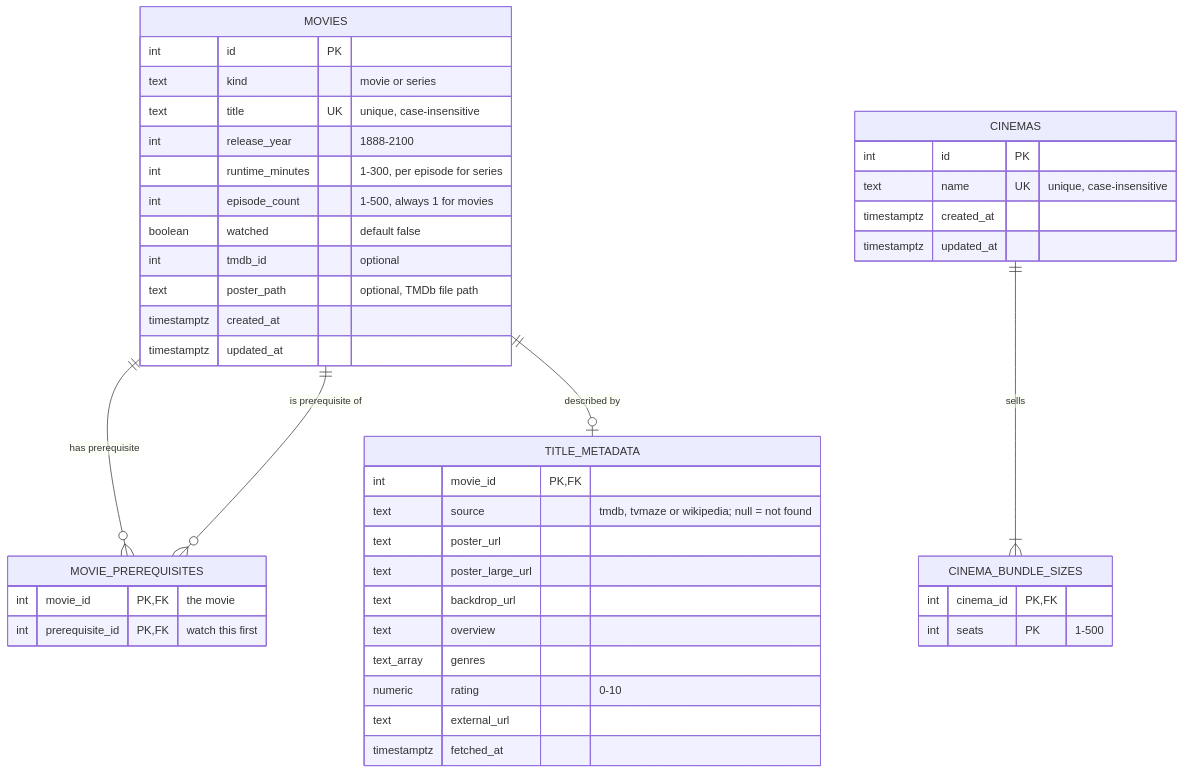
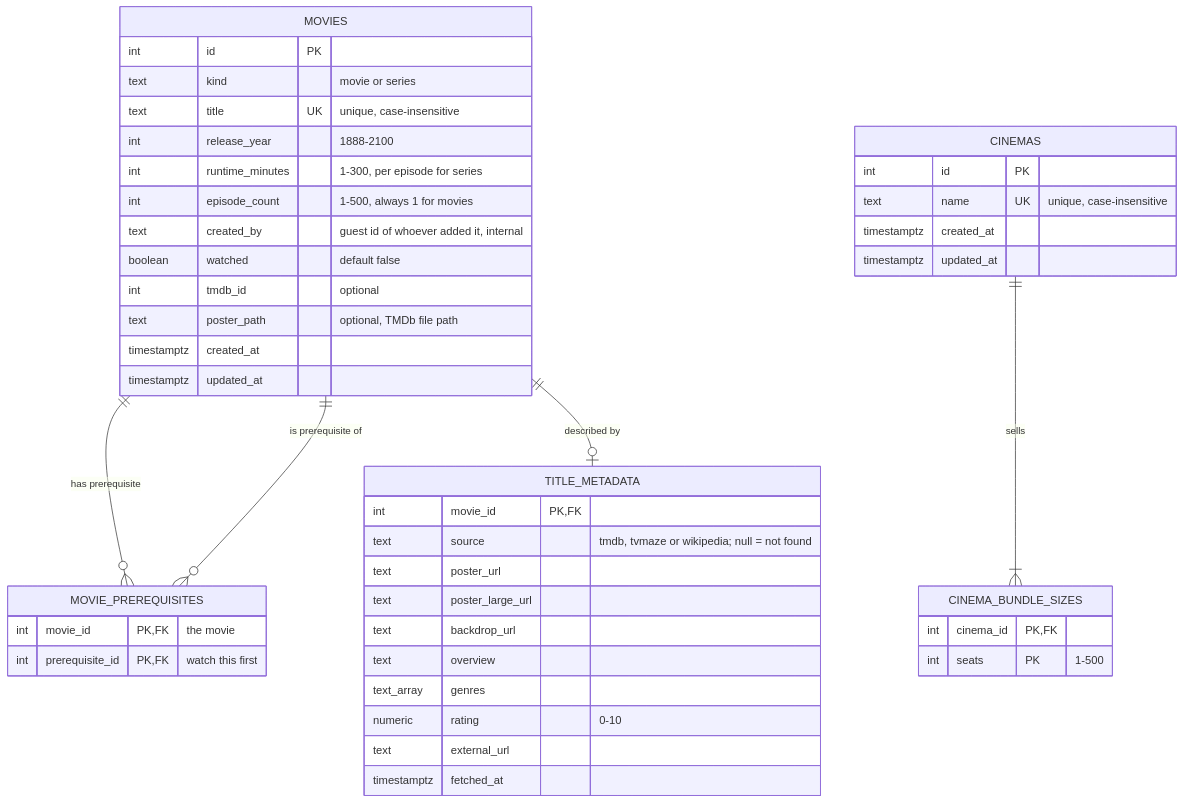
The diagram in README.md (SnoOpWo0t/DoomsdayCalling), drawn with Mermaid before and after one commit. The commit also changed other lines of this file, not shown here.

Commit message:
docs: document guest mode

````diff
--- a/README.md
+++ b/README.md
@@ -211,51 +214,52 @@
 ```mermaid
 erDiagram
     MOVIES ||--o{ MOVIE_PREREQUISITES : "has prerequisite"
     MOVIES ||--o{ MOVIE_PREREQUISITES : "is prerequisite of"
     MOVIES ||--o| TITLE_METADATA : "described by"
     CINEMAS ||--|{ CINEMA_BUNDLE_SIZES : sells
 
     MOVIES {
         int id PK
         text kind "movie or series"
         text title UK "unique, case-insensitive"
         int release_year "1888-2100"
         int runtime_minutes "1-300, per episode for series"
         int episode_count "1-500, always 1 for movies"
+        text created_by "guest id of whoever added it, internal"
         boolean watched "default false"
         int tmdb_id "optional"
         text poster_path "optional, TMDb file path"
         timestamptz created_at
         timestamptz updated_at
     }
 
     MOVIE_PREREQUISITES {
         int movie_id PK, FK "the movie"
         int prerequisite_id PK, FK "watch this first"
     }
 
     TITLE_METADATA {
         int movie_id PK, FK
         text source "tmdb, tvmaze or wikipedia; null = not found"
         text poster_url
         text poster_large_url
         text backdrop_url
         text overview
         text_array genres
         numeric rating "0-10"
         text external_url
         timestamptz fetched_at
     }
 
     CINEMAS {
         int id PK
         text name UK "unique, case-insensitive"
         timestamptz created_at
         timestamptz updated_at
     }
 
     CINEMA_BUNDLE_SIZES {
         int cinema_id PK, FK
         int seats PK "1-500"
     }
 ```
````
